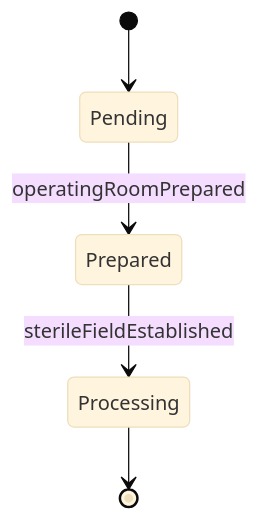
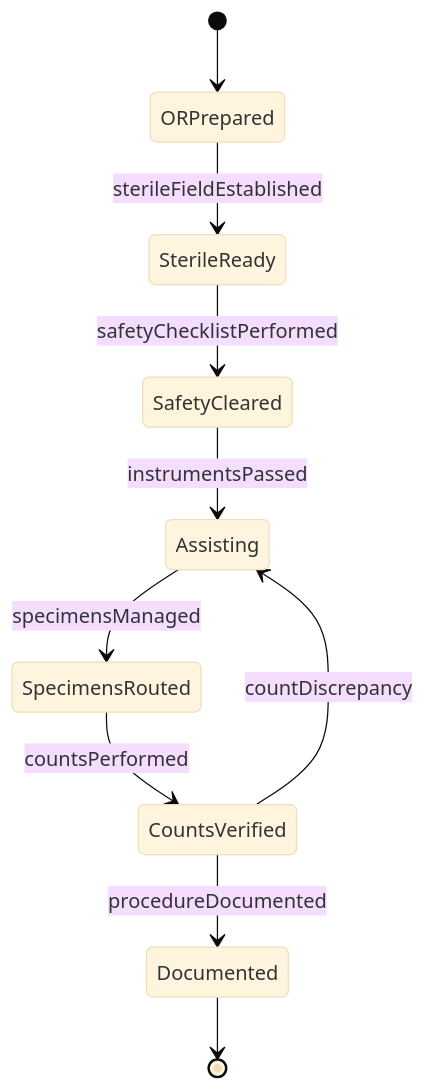
The second of 4 diagrams in AssistingAndCaringForOthers/AssistHealthcarePractitionersDuringMedicalProcedures/AssistHealthcarePractitionersDuringSurgery.mdx (dot-org-ai/tasks.org.ai), drawn with Mermaid (base theme) before and after one commit. The commit also changed other lines of this file and 32 other files, not shown here.

First line of the commit message:
fix: Improve ER and State diagrams in 32 AssistingAndCaringForOthers DWA files

````diff
--- a/AssistingAndCaringForOthers/AssistHealthcarePractitionersDuringMedicalProcedures/AssistHealthcarePractitionersDuringSurgery.mdx
+++ b/AssistingAndCaringForOthers/AssistHealthcarePractitionersDuringMedicalProcedures/AssistHealthcarePractitionersDuringSurgery.mdx
@@ -99,7 +99,12 @@
 ```mermaid
 stateDiagram-v2
-    [*] --> Pending
-    Pending --> Prepared : operatingRoomPrepared
-    Prepared --> Processing : sterileFieldEstablished
-    Processing --> [*]
+    [*] --> ORPrepared
+    ORPrepared --> SterileReady : sterileFieldEstablished
+    SterileReady --> SafetyCleared : safetyChecklistPerformed
+    SafetyCleared --> Assisting : instrumentsPassed
+    Assisting --> SpecimensRouted : specimensManaged
+    SpecimensRouted --> CountsVerified : countsPerformed
+    CountsVerified --> Assisting : countDiscrepancy
+    CountsVerified --> Documented : procedureDocumented
+    Documented --> [*]
 ```
````
